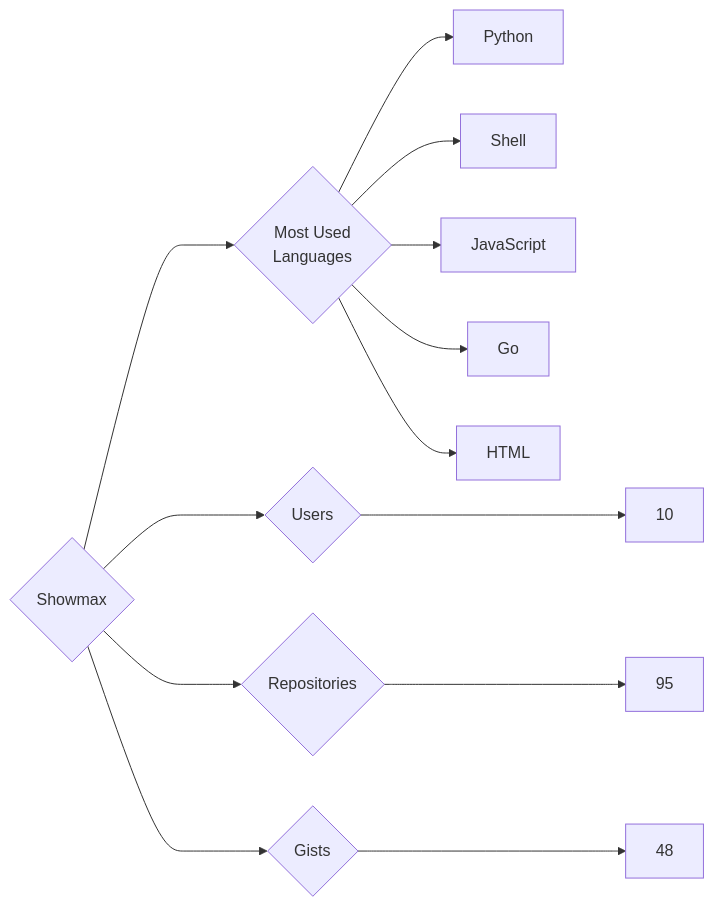
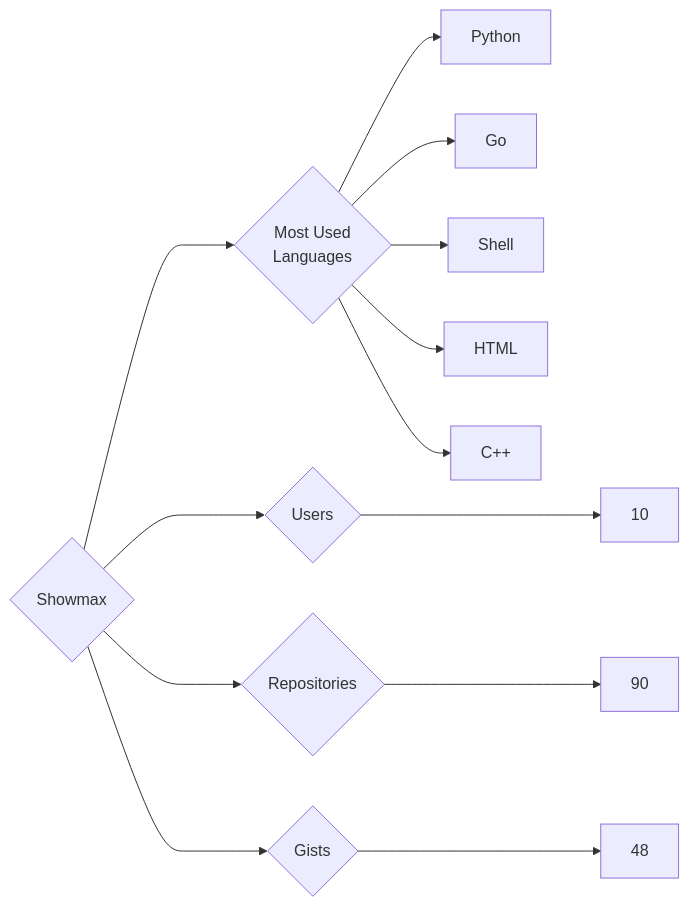
Before and after one commit to trickest/insiders: the diagram in targets/Showmax/README.md, drawn with Mermaid. The commit also changed 878 other files, not shown here.

````diff
--- a/targets/Showmax/README.md
+++ b/targets/Showmax/README.md
@@ -3,13 +3,13 @@
 ```mermaid
 graph LR
 COMPANY_NAME{Showmax}
 COMPANY_NAME ---> U{Users} ---> UN[10]
-COMPANY_NAME ---> R{Repositories} ---> RN[95]
+COMPANY_NAME ---> R{Repositories} ---> RN[90]
 COMPANY_NAME ---> G{Gists} ---> GN[48]
 COMPANY_NAME ---> ML{Most Used<br>Languages}
 ML --> Python[Python]
+ML --> Go[Go]
 ML --> Shell[Shell]
-ML --> JavaScript[JavaScript]
-ML --> Go[Go]
 ML --> HTML[HTML]
+ML --> C++[C++]
 ```
````
